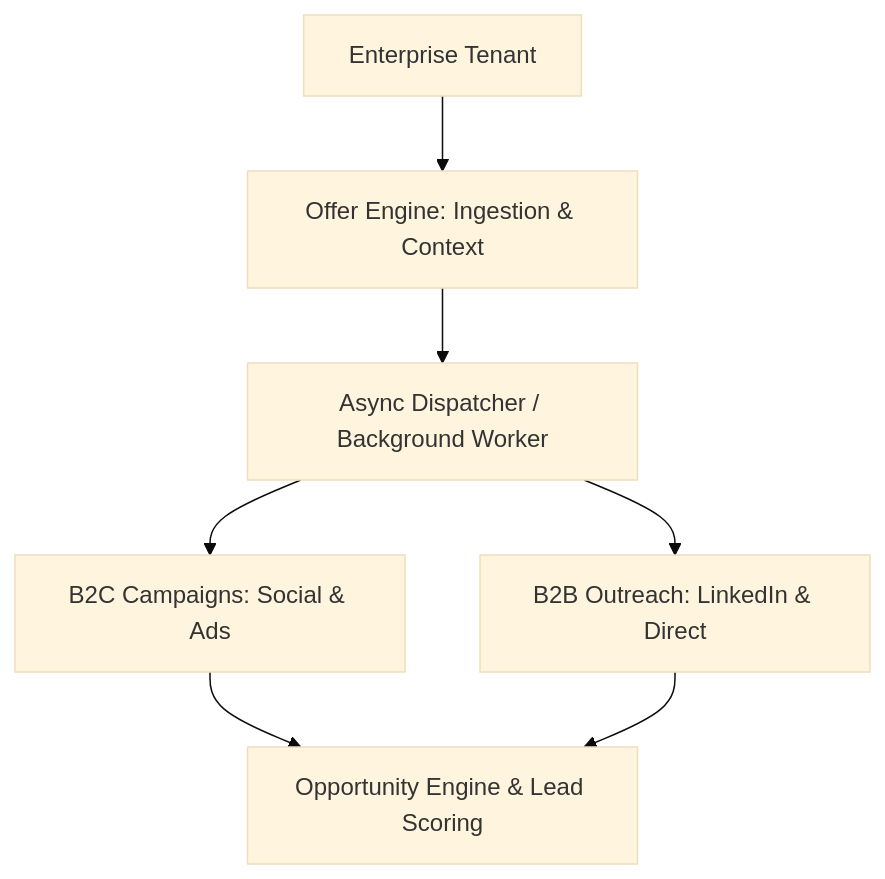
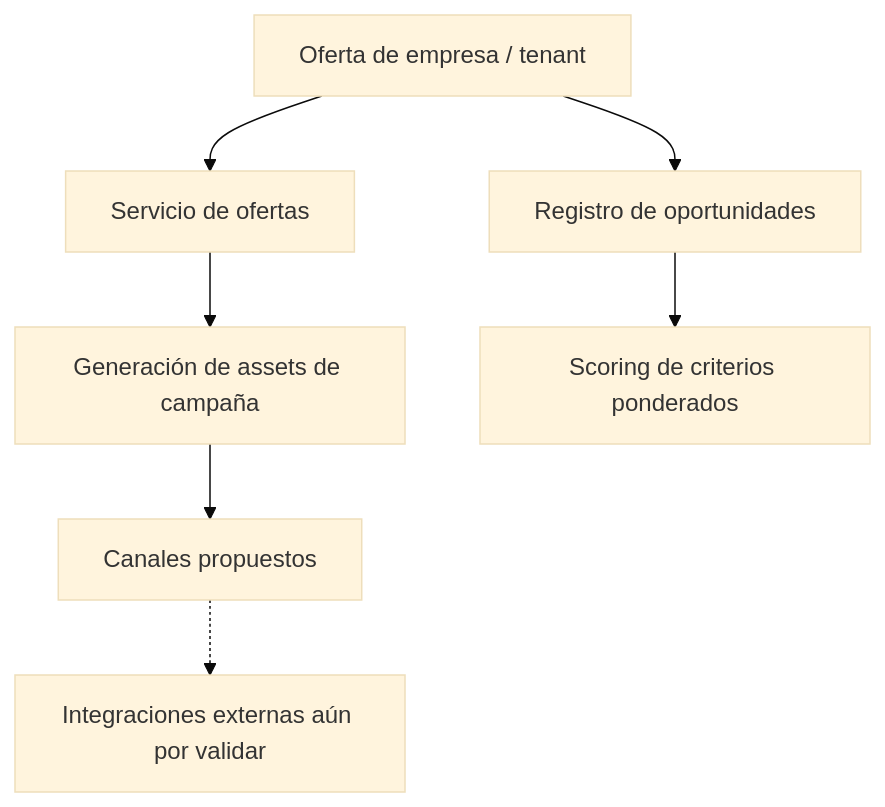
The diagram in README.md (andres-olguin/mastertech-growth-os), drawn with Mermaid (base theme) before and after one commit. The commit also changed other lines of this file, not shown here.

````diff
--- a/README.md
+++ b/README.md
@@ -15,9 +24,9 @@
 ```mermaid
-graph TD
-    A[Enterprise Tenant] --> B[Offer Engine: Ingestion & Context]
-    B --> C[Async Dispatcher / Background Worker]
-    C --> D[B2C Campaigns: Social & Ads]
-    C --> E[B2B Outreach: LinkedIn & Direct]
-    D --> F[Opportunity Engine & Lead Scoring]
-    E --> F[Opportunity Engine & Lead Scoring]
+flowchart TD
+    A[Oferta de empresa / tenant] --> B[Servicio de ofertas]
+    B --> C[Generación de assets de campaña]
+    C --> D[Canales propuestos]
+    A --> E[Registro de oportunidades]
+    E --> F[Scoring de criterios ponderados]
+    D -.-> G[Integraciones externas aún por validar]
 ```
````
